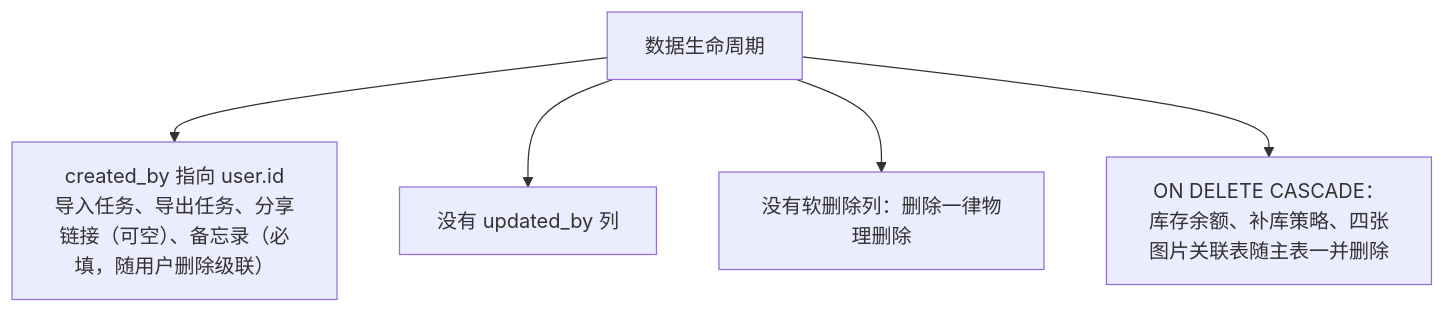
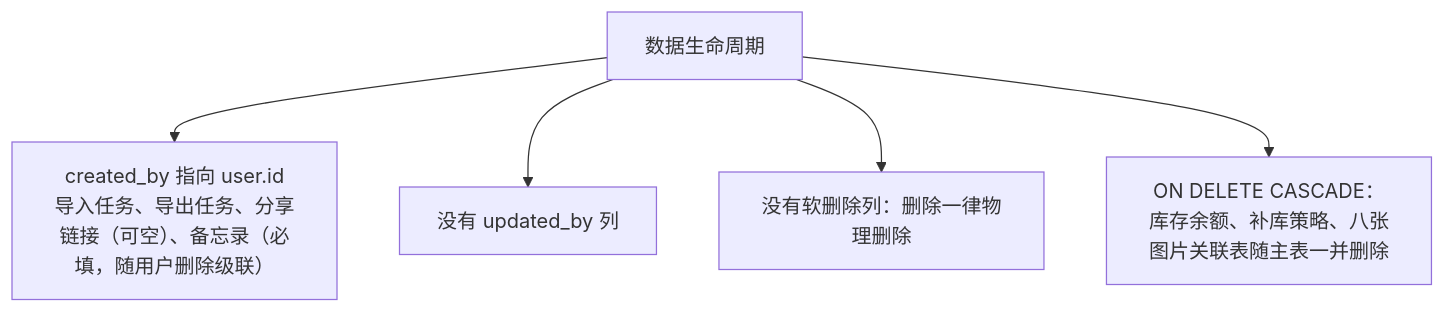
One commit to Sakana-1314/Electrical-Manager changed the fourth of 18 diagrams in docs/websites/pages/dev-data-model.md. Above: the diagram before and after it, drawn with Mermaid. The commit also changed other lines of this file and 43 other files, not shown here.

````diff
--- a/docs/websites/pages/dev-data-model.md
+++ b/docs/websites/pages/dev-data-model.md
@@ -102,8 +103,8 @@
 ```mermaid
 flowchart TD
     R["数据生命周期"]
     R --> C["created_by 指向 user.id<br/>导入任务、导出任务、分享链接（可空）、备忘录（必填，随用户删除级联）"]
     R --> U["没有 updated_by 列"]
     R --> S["没有软删除列：删除一律物理删除"]
-    R --> D["ON DELETE CASCADE：库存余额、补库策略、四张图片关联表随主表一并删除"]
+    R --> D["ON DELETE CASCADE：库存余额、补库策略、八张图片关联表随主表一并删除"]
 ```
````
